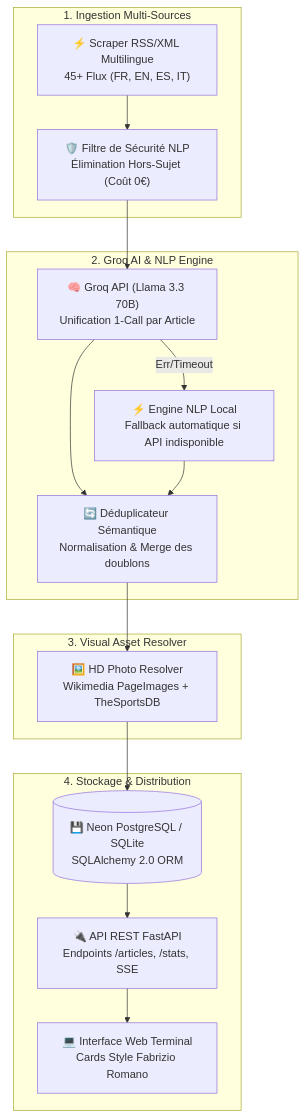
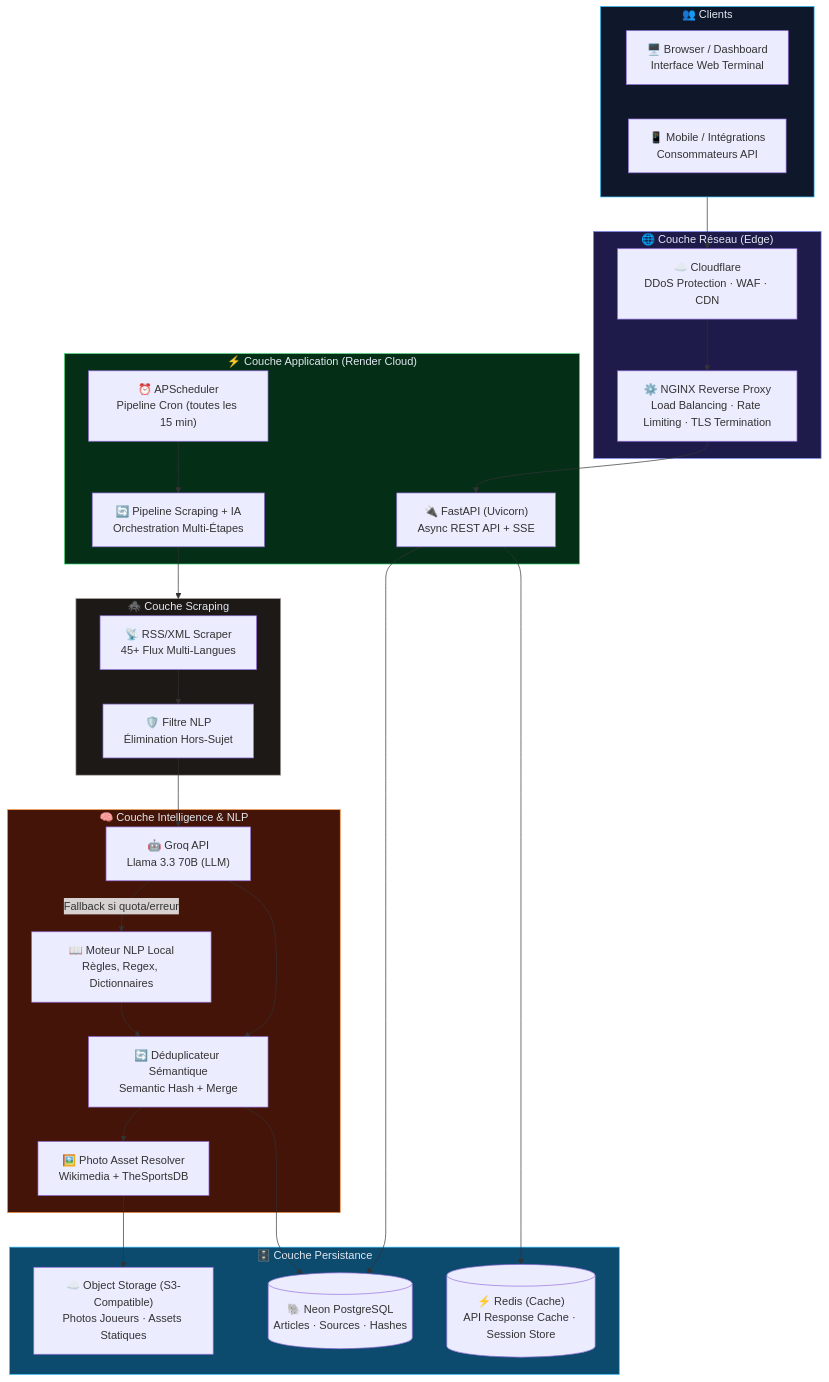
One commit to AymanTN1/sports-scraping changed the first of 9 diagrams in README.md. Above: the diagram before and after it, drawn with Mermaid. The commit also changed other lines of this file, not shown here.

Commit message:
docs: complete README redesign with 9 architecture diagrams (CI/CD, DevSecOps, Terraform IaC, Groq AI pipeline, ERD, monitoring, security)

````diff
--- a/README.md
+++ b/README.md
@@ -19,34 +28,60 @@
 ```mermaid
-flowchart TD
-    subgraph INGESTION ["1. Ingestion Multi-Sources"]
-        RSS["⚡ Scraper RSS/XML Multilingue\n45+ Flux (FR, EN, ES, IT)"]
-        FILTER["🛡️ Filtre de Sécurité NLP\nÉlimination Hors-Sujet (Coût 0€)"]
+graph TB
+    subgraph CLIENTS["👥 Clients"]
+        BROWSER["🖥️ Browser / Dashboard\nInterface Web Terminal"]
+        MOBILE["📱 Mobile / Intégrations\nConsommateurs API"]
+    end
+
+    subgraph EDGE["🌐 Couche Réseau (Edge)"]
+        CF["☁️ Cloudflare\nDDoS Protection · WAF · CDN"]
+        NGINX["⚙️ NGINX Reverse Proxy\nLoad Balancing · Rate Limiting · TLS Termination"]
+        CF --> NGINX
+    end
+
+    subgraph APP["⚡ Couche Application (Render Cloud)"]
+        API["🔌 FastAPI (Uvicorn)\nAsync REST API + SSE"]
+        SCHED["⏰ APScheduler\nPipeline Cron (toutes les 15 min)"]
+        PIPELINE["🔄 Pipeline Scraping + IA\nOrchestration Multi-Étapes"]
+    end
+
+    subgraph INTELLIGENCE["🧠 Couche Intelligence & NLP"]
+        GROQ["🤖 Groq API\nLlama 3.3 70B (LLM)"]
+        NLP["📖 Moteur NLP Local\nRègles, Regex, Dictionnaires"]
+        DEDUP["🔄 Déduplicateur Sémantique\nSemantic Hash + Merge"]
+        PHOTO["🖼️ Photo Asset Resolver\nWikimedia + TheSportsDB"]
+
+        GROQ -- "Fallback si quota/erreur" --> NLP
+    end
+
+    subgraph SCRAPING["🕷️ Couche Scraping"]
+        RSS["📡 RSS/XML Scraper\n45+ Flux Multi-Langues"]
+        FILTER["🛡️ Filtre NLP\nÉlimination Hors-Sujet"]
         RSS --> FILTER
     end
 
-    subgraph BRAIN ["2. Groq AI & NLP Engine"]
-        AI["🧠 Groq API (Llama 3.3 70B)\nUnification 1-Call par Article"]
-        FALLBACK["⚡ Engine NLP Local\nFallback automatique si API indisponible"]
-        DEDUP["🔄 Déduplicateur Sémantique\nNormalisation & Merge des doublons"]
-
-        FILTER --> AI
-        AI -- Err/Timeout --> FALLBACK
-        AI --> DEDUP
-        FALLBACK --> DEDUP
+    subgraph DATA["🗄️ Couche Persistance"]
+        PG[("🐘 Neon PostgreSQL\nArticles · Sources · Hashes")]
+        REDIS[("⚡ Redis (Cache)\nAPI Response Cache · Session Store")]
+        S3["☁️ Object Storage (S3-Compatible)\nPhotos Joueurs · Assets Statiques"]
     end
 
-    subgraph ASSETS ["3. Visual Asset Resolver"]
-        IMG["🖼️ HD Photo Resolver\nWikimedia PageImages + TheSportsDB"]
-        DEDUP --> IMG
-    end
+    CLIENTS --> CF
+    NGINX --> API
+    API --> PG
+    API --> REDIS
+    SCHED --> PIPELINE
+    PIPELINE --> SCRAPING
+    FILTER --> GROQ
+    GROQ --> DEDUP
+    NLP --> DEDUP
+    DEDUP --> PHOTO
+    PHOTO --> S3
+    DEDUP --> PG
 
-    subgraph PERSISTENCE ["4. Stockage & Distribution"]
-        DB[("💾 Neon PostgreSQL / SQLite\nSQLAlchemy 2.0 ORM")]
-        API["🔌 API REST FastAPI\nEndpoints /articles, /stats, SSE"]
-        UI["💻 Interface Web Terminal\nCards Style Fabrizio Romano"]
-
-        IMG --> DB
-        DB --> API
-        API --> UI
-    end
+    style CLIENTS fill:#0f172a,stroke:#38bdf8,color:#e2e8f0
+    style EDGE fill:#1e1b4b,stroke:#818cf8,color:#e2e8f0
+    style APP fill:#052e16,stroke:#4ade80,color:#e2e8f0
+    style INTELLIGENCE fill:#431407,stroke:#fb923c,color:#e2e8f0
+    style SCRAPING fill:#1c1917,stroke:#a8a29e,color:#e2e8f0
+    style DATA fill:#0c4a6e,stroke:#38bdf8,color:#e2e8f0
 ```
````
